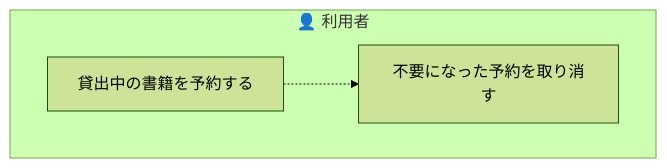
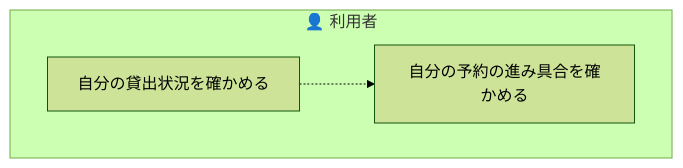
Before and after one commit to suwa-sh/suwa-sh-claude-plugins: the fourth of 9 diagrams in samples/distillery2/library-loan/docs/requirements/rdra/views/03_業務フロー.md, drawn with Mermaid (forest theme). The commit also changed other lines of this file and 249 other files, not shown here.

````diff
--- a/samples/distillery2/library-loan/docs/requirements/rdra/views/03_業務フロー.md
+++ b/samples/distillery2/library-loan/docs/requirements/rdra/views/03_業務フロー.md
@@ -109,8 +87,8 @@
 ```mermaid
 graph TD
   subgraph LN1["👤 利用者"]
-    AT1["貸出中の書籍を予約する"]
-    AT2["不要になった予約を取り消す"]
+    AT1["自分の貸出状況を確かめる"]
+    AT2["自分の予約の進み具合を確かめる"]
   end
   AT1 -.-> AT2
 ```
````
